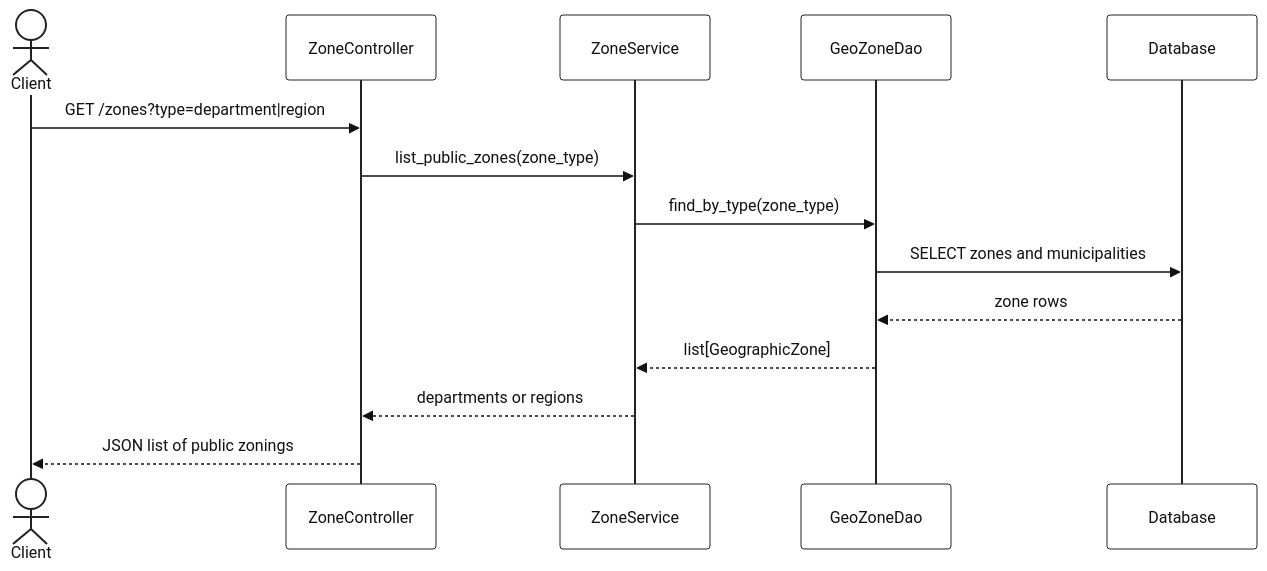
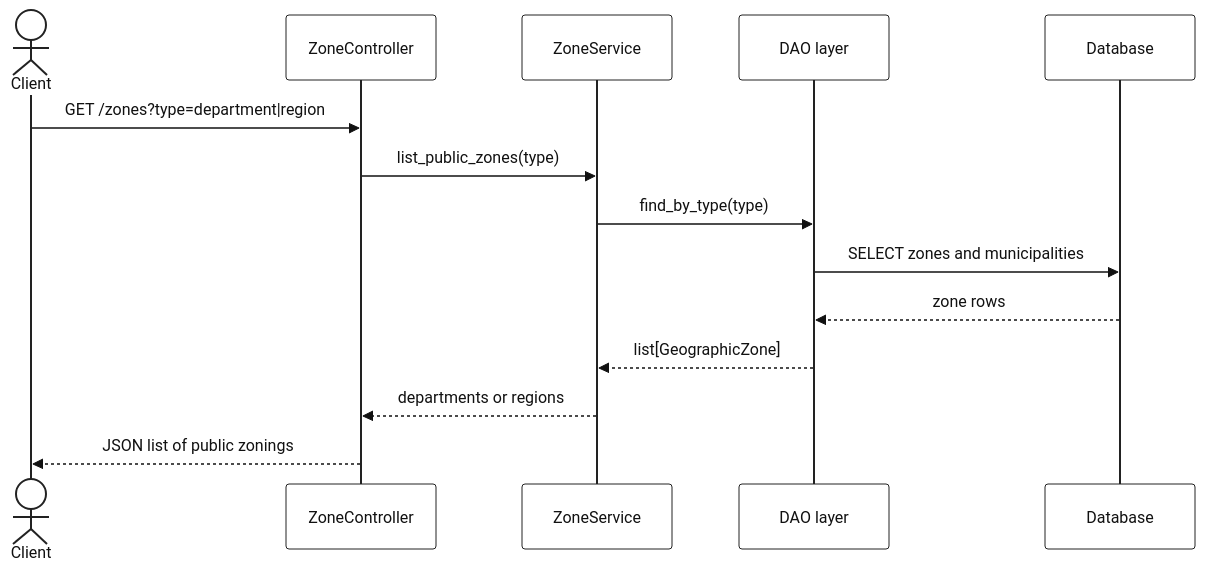
Before and after one commit to gabriel-dahan/ensai-it-project-2a-team12: the third of 8 diagrams in doc/sequence_diagram.md, drawn with Mermaid. The commit also changed other lines of this file and 18 other files, not shown here.

Commit message:
Simplified sequence diagrams

````diff
--- a/doc/sequence_diagram.md
+++ b/doc/sequence_diagram.md
@@ -191,51 +152,51 @@
 ```mermaid
 %%{
   init: {
     "theme": "base",
     "themeVariables": {
       "background": "#ffffff",
       "mainBkg": "#ffffff",
       "textColor": "#111111",
       "primaryColor": "#ffffff",
       "primaryTextColor": "#111111",
       "primaryBorderColor": "#222222",
       "secondaryColor": "#f3f4f6",
       "tertiaryColor": "#ffffff",
       "lineColor": "#222222",
       "actorBkg": "#ffffff",
       "actorBorder": "#222222",
       "actorTextColor": "#111111",
       "actorLineColor": "#222222",
       "signalColor": "#111111",
       "signalTextColor": "#111111",
       "labelBoxBkgColor": "#ffffff",
       "labelBoxBorderColor": "#222222",
       "labelTextColor": "#111111",
       "loopTextColor": "#111111",
       "noteBkgColor": "#fff3cd",
       "noteTextColor": "#111111",
       "noteBorderColor": "#222222",
       "activationBkgColor": "#e5e7eb",
       "activationBorderColor": "#222222",
       "sequenceNumberColor": "#ffffff",
       "fontFamily": "arial",
       "fontSize": "16px"
     }
   }
 }%%
 sequenceDiagram
     actor Client
     participant Controller as ZoneController
-    participant ZoneSvc as ZoneService
-    participant ZoneDao as GeoZoneDao
+    participant Service as ZoneService
+    participant DAO as DAO layer
     participant DB as Database
 
     Client->>Controller: GET /zones?type=department|region
-    Controller->>ZoneSvc: list_public_zones(zone_type)
-    ZoneSvc->>ZoneDao: find_by_type(zone_type)
-    ZoneDao->>DB: SELECT zones and municipalities
-    DB-->>ZoneDao: zone rows
-    ZoneDao-->>ZoneSvc: list[GeographicZone]
-    ZoneSvc-->>Controller: departments or regions
+    Controller->>Service: list_public_zones(type)
+    Service->>DAO: find_by_type(type)
+    DAO->>DB: SELECT zones and municipalities
+    DB-->>DAO: zone rows
+    DAO-->>Service: list[GeographicZone]
+    Service-->>Controller: departments or regions
     Controller-->>Client: JSON list of public zonings
 ```
````
